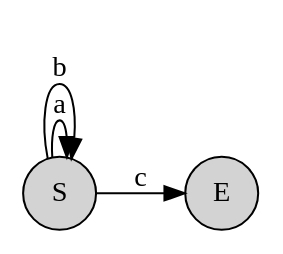
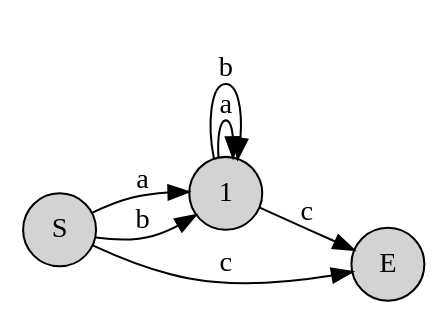
Before and after one commit to illusory0x0/containers.mbt: the diagram in automaton/__snapshot__/dfa_minimize_choice_repeat.dot, drawn with Graphviz. The commit also changed 5 other files, not shown here.

```diff
--- a/automaton/__snapshot__/dfa_minimize_choice_repeat.dot
+++ b/automaton/__snapshot__/dfa_minimize_choice_repeat.dot
@@ -1,10 +1,14 @@
 
 digraph {
 rankdir=LR;
 node [shape = circle; style = filled;];
-0->0[label="a"];
-0->0[label="b"];
-0->1[label="c"];
+0->1[label="a"];
+0->1[label="b"];
+0->2[label="c"];
+1->1[label="a"];
+1->1[label="b"];
+1->2[label="c"];
 0 [label="S";]
-1 [label="E";]
+1 [label="1";]
+2 [label="E";]
 }
```
